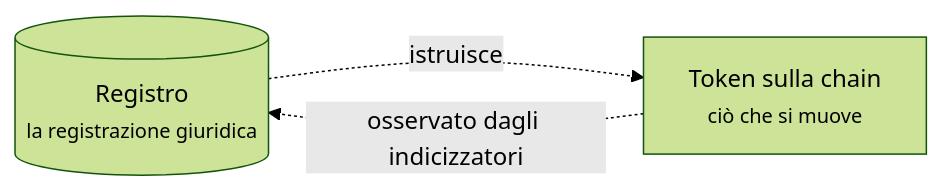
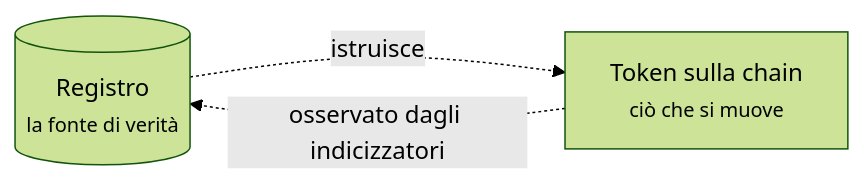
The diagram in docs/customer/index.it.md (makibytes/registerwerk), drawn with Mermaid (forest theme) before and after one commit. The commit also changed other lines of this file and 203 other files, not shown here.

````diff
--- a/docs/customer/index.it.md
+++ b/docs/customer/index.it.md
@@ -75,7 +75,7 @@
 ```mermaid
 graph LR
-    R[("Registro<br/><small>la registrazione giuridica</small>")]
+    R[("Registro<br/><small>la fonte di verità</small>")]
     T["Token sulla chain<br/><small>ciò che si muove</small>"]
     R -.->|"istruisce"| T
     T -.->|"osservato dagli indicizzatori"| R
 ```
````
